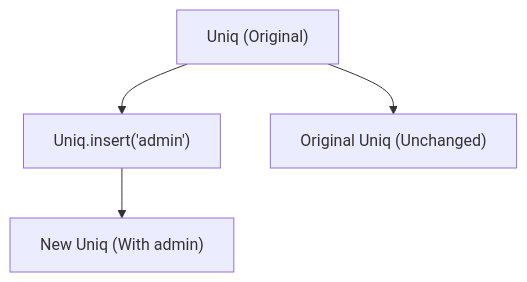
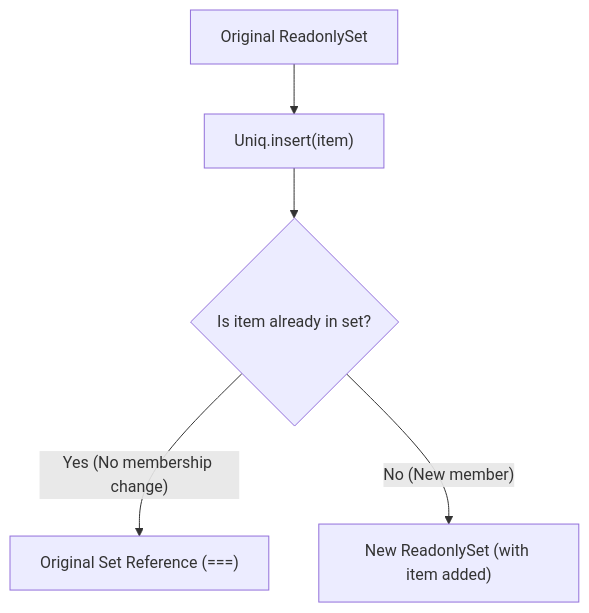
The diagram in docs/src/content/docs/guides/uniq.mdx (nlozgachev/pipelined), drawn with Mermaid before and after one commit. The commit also changed 22 other files, not shown here.

Commit message:
docs: better diagrams

````diff
--- a/docs/src/content/docs/guides/uniq.mdx
+++ b/docs/src/content/docs/guides/uniq.mdx
@@ -35,6 +35,7 @@
 ```mermaid
-flowchart TD
-    A["Uniq (Original)"] --> B["Uniq.insert('admin')"]
-    B --> C["New Uniq (With admin)"]
-    A --> D["Original Uniq (Unchanged)"]
+flowchart TB
+    Original["Original ReadonlySet"] --> Operation["Uniq.insert(item)"]
+    Operation --> Check{"Is item already in set?"}
+    Check -->|"Yes (No membership change)"| Same["Original Set Reference (===)"]
+    Check -->|"No (New member)"| Cloned["New ReadonlySet (with item added)"]
 ```
````
